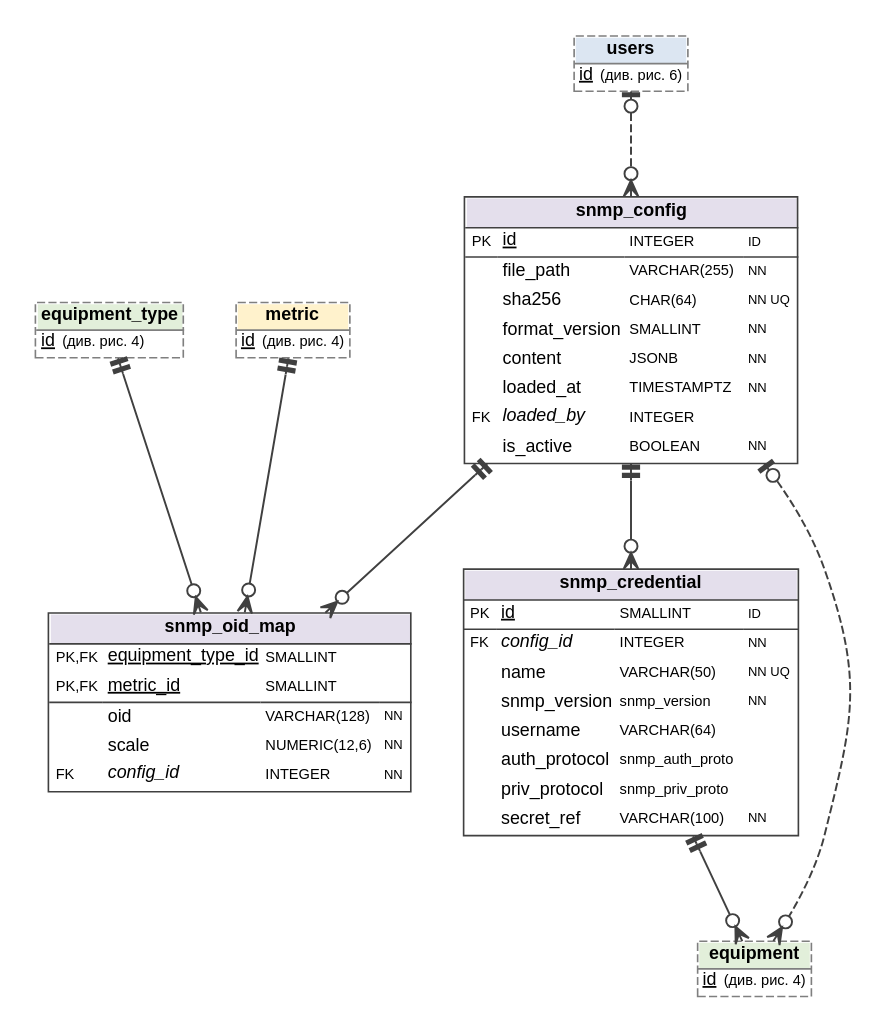
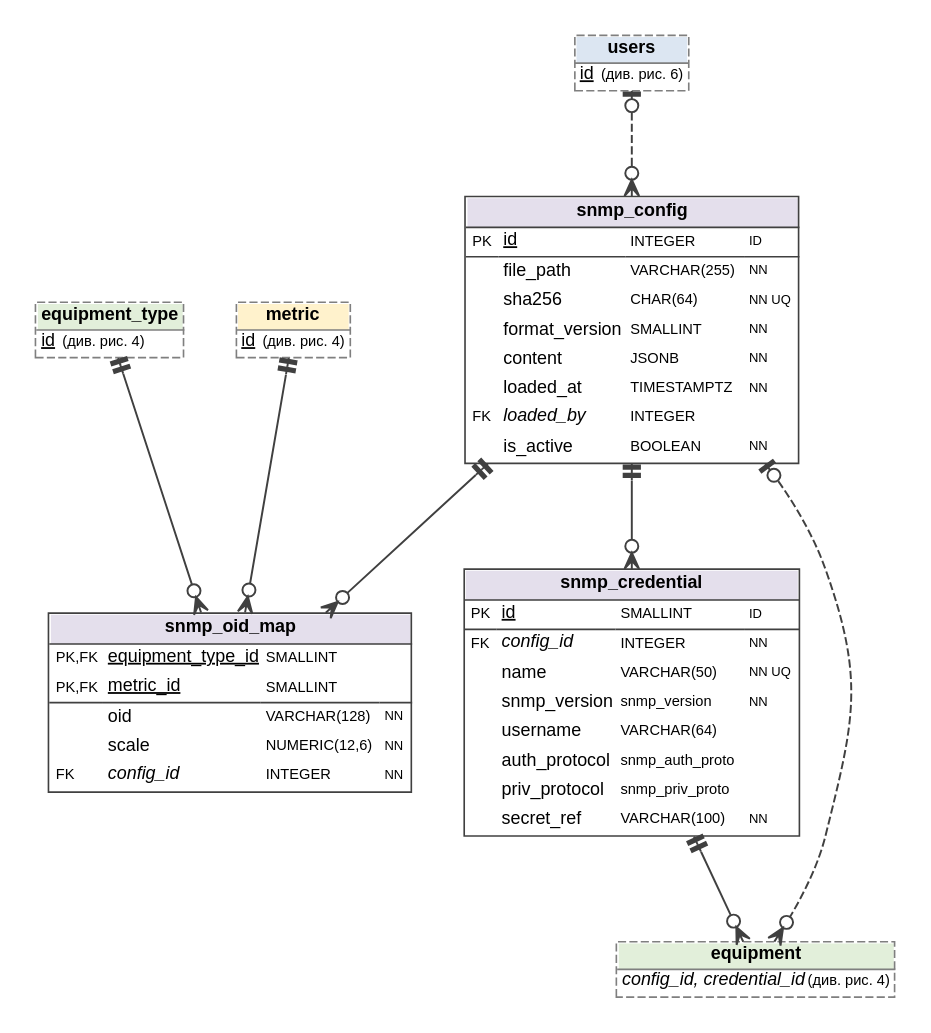
The diagram in docs/diagrams/lab/src/06_physical_snmp_config.dot (KrutoiPatsan13/laba1), drawn with Graphviz before and after one commit. The commit also changed 65 other files, not shown here.

```diff
--- a/docs/diagrams/lab/src/06_physical_snmp_config.dot
+++ b/docs/diagrams/lab/src/06_physical_snmp_config.dot
@@ -1,19 +1,19 @@
 digraph G {
   graph [rankdir=TB, splines=true, nodesep=0.45, ranksep=0.9, fontname="Liberation Sans", pad=0.2, newrank=true];
   node [shape=plain, fontname="Liberation Sans", fontsize=11];
   edge [dir=both, color="#404040", penwidth=1.2, arrowsize=1.0];
   snmp_config [label=<<TABLE BORDER="1" CELLBORDER="0" CELLSPACING="0" CELLPADDING="3" COLOR="#404040"><TR><TD COLSPAN="4" BGCOLOR="#E4DFEC" ALIGN="CENTER"><B>snmp_config</B></TD></TR><HR/><TR><TD ALIGN="LEFT"><FONT POINT-SIZE="9">PK</FONT></TD><TD ALIGN="LEFT"><U>id</U></TD><TD ALIGN="LEFT"><FONT POINT-SIZE="9">INTEGER</FONT></TD><TD ALIGN="LEFT"><FONT POINT-SIZE="8">ID</FONT></TD></TR><HR/><TR><TD ALIGN="LEFT"> </TD><TD ALIGN="LEFT">file_path</TD><TD ALIGN="LEFT"><FONT POINT-SIZE="9">VARCHAR(255)</FONT></TD><TD ALIGN="LEFT"><FONT POINT-SIZE="8">NN</FONT></TD></TR><TR><TD ALIGN="LEFT"> </TD><TD ALIGN="LEFT">sha256</TD><TD ALIGN="LEFT"><FONT POINT-SIZE="9">CHAR(64)</FONT></TD><TD ALIGN="LEFT"><FONT POINT-SIZE="8">NN UQ</FONT></TD></TR><TR><TD ALIGN="LEFT"> </TD><TD ALIGN="LEFT">format_version</TD><TD ALIGN="LEFT"><FONT POINT-SIZE="9">SMALLINT</FONT></TD><TD ALIGN="LEFT"><FONT POINT-SIZE="8">NN</FONT></TD></TR><TR><TD ALIGN="LEFT"> </TD><TD ALIGN="LEFT">content</TD><TD ALIGN="LEFT"><FONT POINT-SIZE="9">JSONB</FONT></TD><TD ALIGN="LEFT"><FONT POINT-SIZE="8">NN</FONT></TD></TR><TR><TD ALIGN="LEFT"> </TD><TD ALIGN="LEFT">loaded_at</TD><TD ALIGN="LEFT"><FONT POINT-SIZE="9">TIMESTAMPTZ</FONT></TD><TD ALIGN="LEFT"><FONT POINT-SIZE="8">NN</FONT></TD></TR><TR><TD ALIGN="LEFT"><FONT POINT-SIZE="9">FK</FONT></TD><TD ALIGN="LEFT"><I>loaded_by</I></TD><TD ALIGN="LEFT"><FONT POINT-SIZE="9">INTEGER</FONT></TD><TD ALIGN="LEFT"> </TD></TR><TR><TD ALIGN="LEFT"> </TD><TD ALIGN="LEFT">is_active</TD><TD ALIGN="LEFT"><FONT POINT-SIZE="9">BOOLEAN</FONT></TD><TD ALIGN="LEFT"><FONT POINT-SIZE="8">NN</FONT></TD></TR></TABLE>>];
   snmp_credential [label=<<TABLE BORDER="1" CELLBORDER="0" CELLSPACING="0" CELLPADDING="3" COLOR="#404040"><TR><TD COLSPAN="4" BGCOLOR="#E4DFEC" ALIGN="CENTER"><B>snmp_credential</B></TD></TR><HR/><TR><TD ALIGN="LEFT"><FONT POINT-SIZE="9">PK</FONT></TD><TD ALIGN="LEFT"><U>id</U></TD><TD ALIGN="LEFT"><FONT POINT-SIZE="9">SMALLINT</FONT></TD><TD ALIGN="LEFT"><FONT POINT-SIZE="8">ID</FONT></TD></TR><HR/><TR><TD ALIGN="LEFT"><FONT POINT-SIZE="9">FK</FONT></TD><TD ALIGN="LEFT"><I>config_id</I></TD><TD ALIGN="LEFT"><FONT POINT-SIZE="9">INTEGER</FONT></TD><TD ALIGN="LEFT"><FONT POINT-SIZE="8">NN</FONT></TD></TR><TR><TD ALIGN="LEFT"> </TD><TD ALIGN="LEFT">name</TD><TD ALIGN="LEFT"><FONT POINT-SIZE="9">VARCHAR(50)</FONT></TD><TD ALIGN="LEFT"><FONT POINT-SIZE="8">NN UQ</FONT></TD></TR><TR><TD ALIGN="LEFT"> </TD><TD ALIGN="LEFT">snmp_version</TD><TD ALIGN="LEFT"><FONT POINT-SIZE="9">snmp_version</FONT></TD><TD ALIGN="LEFT"><FONT POINT-SIZE="8">NN</FONT></TD></TR><TR><TD ALIGN="LEFT"> </TD><TD ALIGN="LEFT">username</TD><TD ALIGN="LEFT"><FONT POINT-SIZE="9">VARCHAR(64)</FONT></TD><TD ALIGN="LEFT"> </TD></TR><TR><TD ALIGN="LEFT"> </TD><TD ALIGN="LEFT">auth_protocol</TD><TD ALIGN="LEFT"><FONT POINT-SIZE="9">snmp_auth_proto</FONT></TD><TD ALIGN="LEFT"> </TD></TR><TR><TD ALIGN="LEFT"> </TD><TD ALIGN="LEFT">priv_protocol</TD><TD ALIGN="LEFT"><FONT POINT-SIZE="9">snmp_priv_proto</FONT></TD><TD ALIGN="LEFT"> </TD></TR><TR><TD ALIGN="LEFT"> </TD><TD ALIGN="LEFT">secret_ref</TD><TD ALIGN="LEFT"><FONT POINT-SIZE="9">VARCHAR(100)</FONT></TD><TD ALIGN="LEFT"><FONT POINT-SIZE="8">NN</FONT></TD></TR></TABLE>>];
   snmp_oid_map [label=<<TABLE BORDER="1" CELLBORDER="0" CELLSPACING="0" CELLPADDING="3" COLOR="#404040"><TR><TD COLSPAN="4" BGCOLOR="#E4DFEC" ALIGN="CENTER"><B>snmp_oid_map</B></TD></TR><HR/><TR><TD ALIGN="LEFT"><FONT POINT-SIZE="9">PK,FK</FONT></TD><TD ALIGN="LEFT"><U>equipment_type_id</U></TD><TD ALIGN="LEFT"><FONT POINT-SIZE="9">SMALLINT</FONT></TD><TD ALIGN="LEFT"> </TD></TR><TR><TD ALIGN="LEFT"><FONT POINT-SIZE="9">PK,FK</FONT></TD><TD ALIGN="LEFT"><U>metric_id</U></TD><TD ALIGN="LEFT"><FONT POINT-SIZE="9">SMALLINT</FONT></TD><TD ALIGN="LEFT"> </TD></TR><HR/><TR><TD ALIGN="LEFT"> </TD><TD ALIGN="LEFT">oid</TD><TD ALIGN="LEFT"><FONT POINT-SIZE="9">VARCHAR(128)</FONT></TD><TD ALIGN="LEFT"><FONT POINT-SIZE="8">NN</FONT></TD></TR><TR><TD ALIGN="LEFT"> </TD><TD ALIGN="LEFT">scale</TD><TD ALIGN="LEFT"><FONT POINT-SIZE="9">NUMERIC(12,6)</FONT></TD><TD ALIGN="LEFT"><FONT POINT-SIZE="8">NN</FONT></TD></TR><TR><TD ALIGN="LEFT"><FONT POINT-SIZE="9">FK</FONT></TD><TD ALIGN="LEFT"><I>config_id</I></TD><TD ALIGN="LEFT"><FONT POINT-SIZE="9">INTEGER</FONT></TD><TD ALIGN="LEFT"><FONT POINT-SIZE="8">NN</FONT></TD></TR></TABLE>>];
   users [label=<<TABLE BORDER="1" CELLBORDER="0" CELLSPACING="0" CELLPADDING="2" COLOR="#7F7F7F" STYLE="dashed"><TR><TD BGCOLOR="#DCE6F2"><B>users</B></TD></TR><HR/><TR><TD ALIGN="LEFT"><U>id</U> <FONT POINT-SIZE="9">(див. рис. 6)</FONT></TD></TR></TABLE>>];
   equipment_type [label=<<TABLE BORDER="1" CELLBORDER="0" CELLSPACING="0" CELLPADDING="2" COLOR="#7F7F7F" STYLE="dashed"><TR><TD BGCOLOR="#E2EFDA"><B>equipment_type</B></TD></TR><HR/><TR><TD ALIGN="LEFT"><U>id</U> <FONT POINT-SIZE="9">(див. рис. 4)</FONT></TD></TR></TABLE>>];
   metric [label=<<TABLE BORDER="1" CELLBORDER="0" CELLSPACING="0" CELLPADDING="2" COLOR="#7F7F7F" STYLE="dashed"><TR><TD BGCOLOR="#FFF2CC"><B>metric</B></TD></TR><HR/><TR><TD ALIGN="LEFT"><U>id</U> <FONT POINT-SIZE="9">(див. рис. 4)</FONT></TD></TR></TABLE>>];
-  equipment [label=<<TABLE BORDER="1" CELLBORDER="0" CELLSPACING="0" CELLPADDING="2" COLOR="#7F7F7F" STYLE="dashed"><TR><TD BGCOLOR="#E2EFDA"><B>equipment</B></TD></TR><HR/><TR><TD ALIGN="LEFT"><U>id</U> <FONT POINT-SIZE="9">(див. рис. 4)</FONT></TD></TR></TABLE>>];
+  equipment [label=<<TABLE BORDER="1" CELLBORDER="0" CELLSPACING="0" CELLPADDING="2" COLOR="#7F7F7F" STYLE="dashed"><TR><TD BGCOLOR="#E2EFDA"><B>equipment</B></TD></TR><HR/><TR><TD ALIGN="LEFT"><I>config_id, credential_id</I> <FONT POINT-SIZE="9">(див. рис. 4)</FONT></TD></TR></TABLE>>];
   users -> snmp_config [arrowtail=teeodot, arrowhead=crowodot, style=dashed];
   snmp_config -> snmp_credential [arrowtail=teetee, arrowhead=crowodot, style=solid];
   snmp_config -> snmp_oid_map [arrowtail=teetee, arrowhead=crowodot, style=solid];
   metric -> snmp_oid_map [arrowtail=teetee, arrowhead=crowodot, style=solid];
   equipment_type -> snmp_oid_map [arrowtail=teetee, arrowhead=crowodot, style=solid];
   snmp_config -> equipment [arrowtail=teeodot, arrowhead=crowodot, style=dashed];
   snmp_credential -> equipment [arrowtail=teetee, arrowhead=crowodot, style=solid];
 }
```
